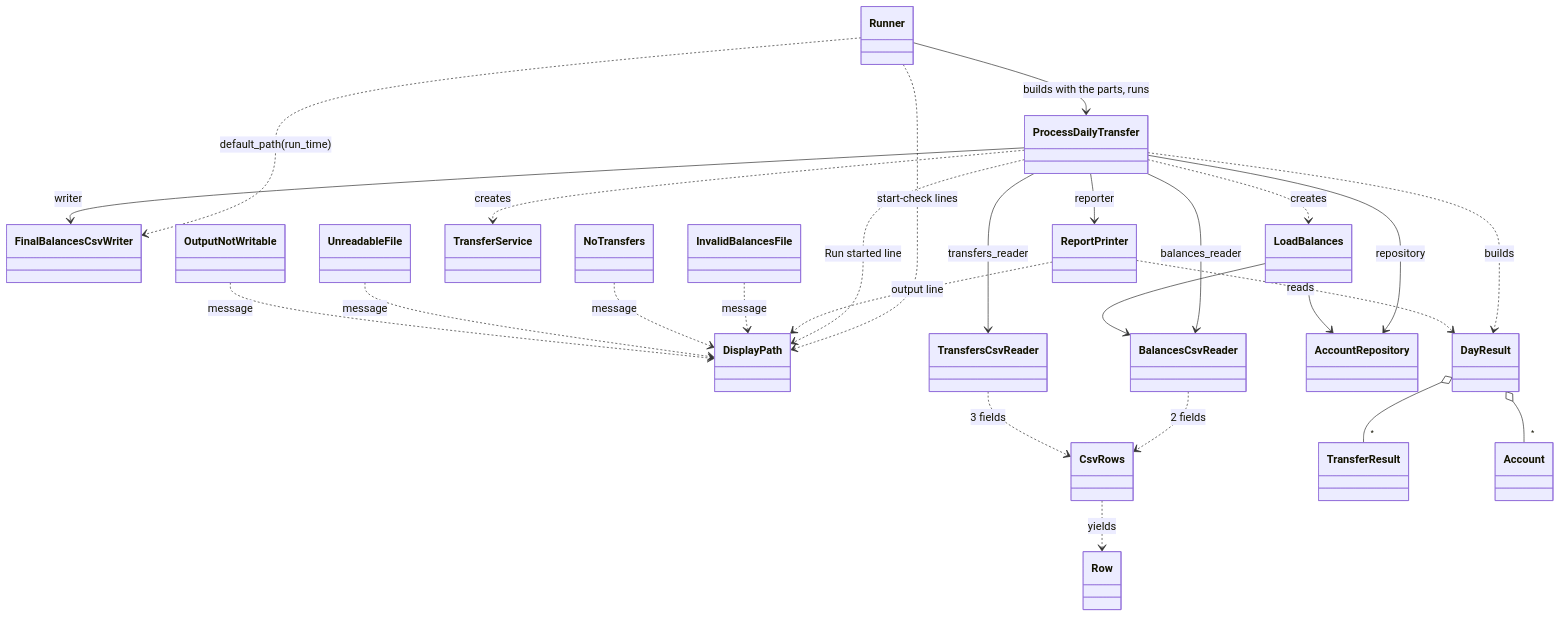
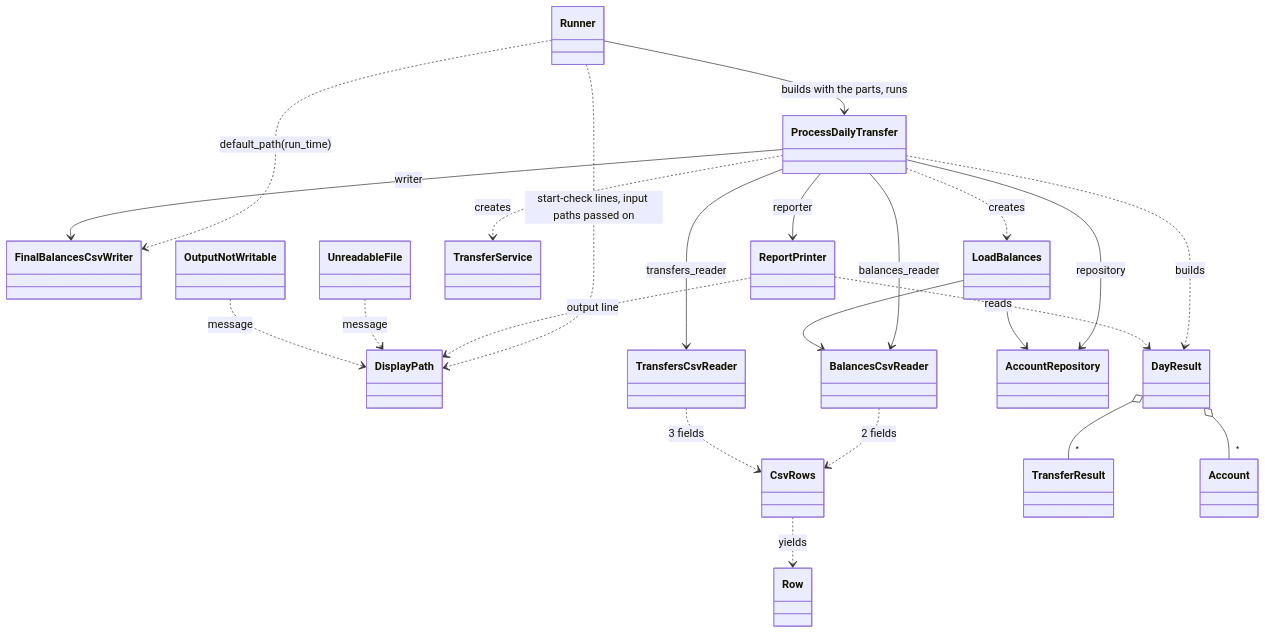
The diagram in specs/002-file-runner/data-model.md (hetal-patel78/mable-backend-code-challenge), drawn with Mermaid before and after one commit. The commit also changed other lines of this file and 5 other files, not shown here.

First line of the commit message:
Fix independent review finding 3: no application class depends on DisplayPath

````diff
--- a/specs/002-file-runner/data-model.md
+++ b/specs/002-file-runner/data-model.md
@@ -7,28 +7,25 @@
 ```mermaid
 classDiagram
-    Runner ..> DisplayPath : start-check lines
+    Runner ..> DisplayPath : start-check lines, input paths passed on
     Runner ..> FinalBalancesCsvWriter : default_path(run_time)
     Runner --> ProcessDailyTransfer : builds with the parts, runs
     ProcessDailyTransfer --> BalancesCsvReader : balances_reader
     ProcessDailyTransfer --> TransfersCsvReader : transfers_reader
     ProcessDailyTransfer --> FinalBalancesCsvWriter : writer
     ProcessDailyTransfer --> AccountRepository : repository
     ProcessDailyTransfer --> ReportPrinter : reporter
-    ProcessDailyTransfer ..> DisplayPath : Run started line
     ProcessDailyTransfer ..> LoadBalances : creates
     ProcessDailyTransfer ..> TransferService : creates
     ProcessDailyTransfer ..> DayResult : builds
     LoadBalances --> BalancesCsvReader
     LoadBalances --> AccountRepository
     BalancesCsvReader ..> CsvRows : 2 fields
     TransfersCsvReader ..> CsvRows : 3 fields
     CsvRows ..> Row : yields
     DayResult o-- "*" TransferResult
     DayResult o-- "*" Account
     ReportPrinter ..> DayResult : reads
     ReportPrinter ..> DisplayPath : output line
-    InvalidBalancesFile ..> DisplayPath : message
-    NoTransfers ..> DisplayPath : message
     UnreadableFile ..> DisplayPath : message
     OutputNotWritable ..> DisplayPath : message
 ```
````
